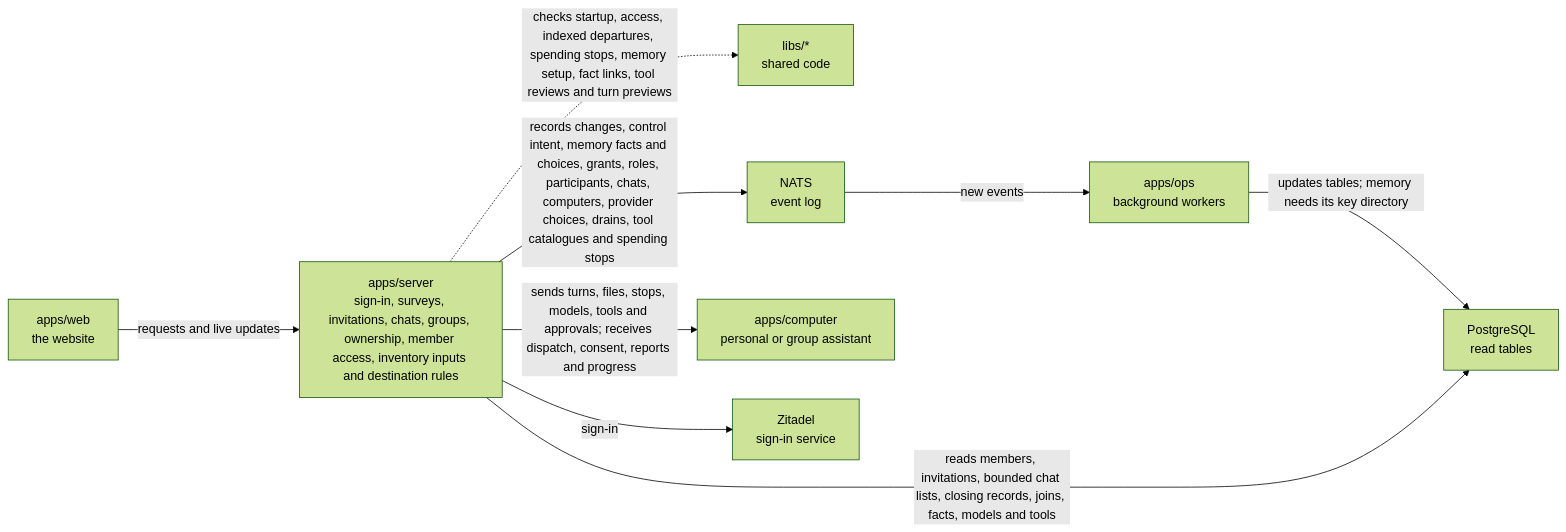
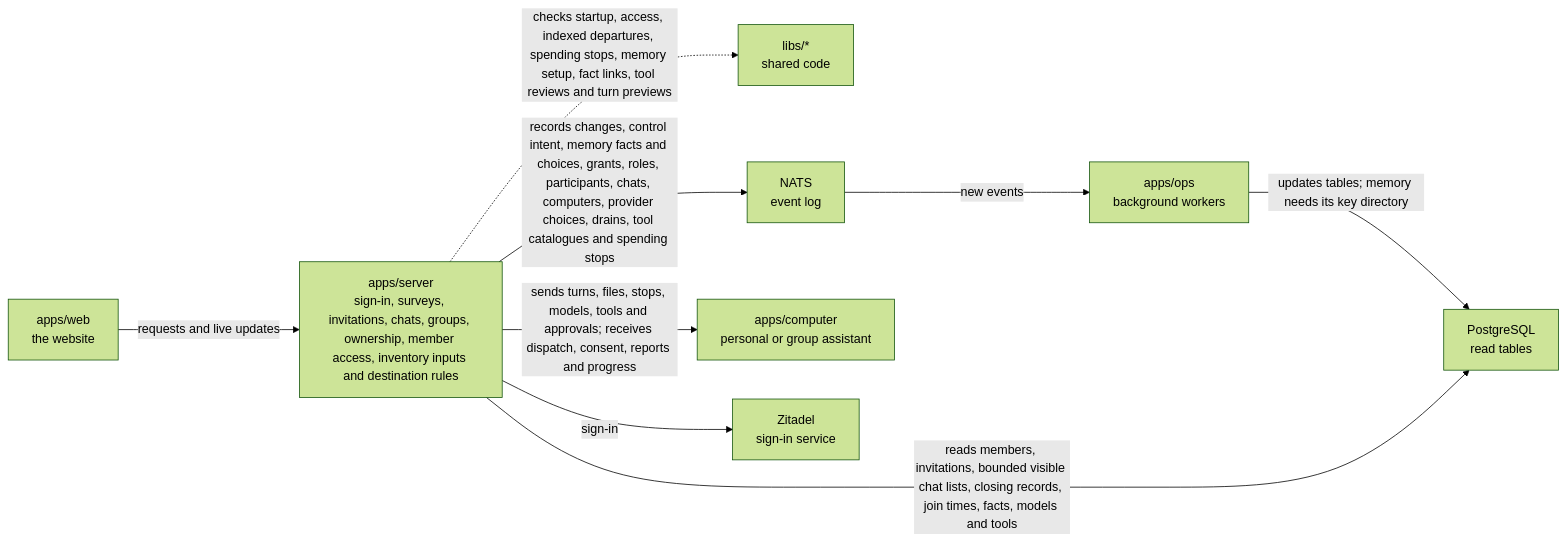
Before and after one commit to elewa-git/opencrane-new: the diagram in apps/server/README.md, drawn with Mermaid (forest theme). The commit also changed other lines of this file and 12 other files, not shown here.

````diff
--- a/apps/server/README.md
+++ b/apps/server/README.md
@@ -11,11 +11,11 @@
 ```mermaid
 flowchart LR
   web["apps/web<br/>the website"] -->|requests and live updates| server["apps/server<br/>sign-in, surveys, invitations, chats, groups, ownership, member access, inventory inputs and destination rules"]
   server -.->|checks startup, access, indexed departures, spending stops, memory setup, fact links, tool reviews and turn previews| libs["libs/*<br/>shared code"]
   server -->|records changes, control intent, memory facts and choices, grants, roles, participants, chats, computers, provider choices, drains, tool catalogues and spending stops| nats["NATS<br/>event log"]
   nats -->|new events| ops["apps/ops<br/>background workers"]
   ops -->|updates tables; memory needs its key directory| postgres["PostgreSQL<br/>read tables"]
-  server -->|reads members, invitations, bounded chat lists, closing records, joins, facts, models and tools| postgres
+  server -->|reads members, invitations, bounded visible chat lists, closing records, join times, facts, models and tools| postgres
   server -->|sends turns, files, stops, models, tools and approvals; receives dispatch, consent, reports and progress| computer["apps/computer<br/>personal or group assistant"]
   server -->|sign-in| zitadel["Zitadel<br/>sign-in service"]
 ```
````
